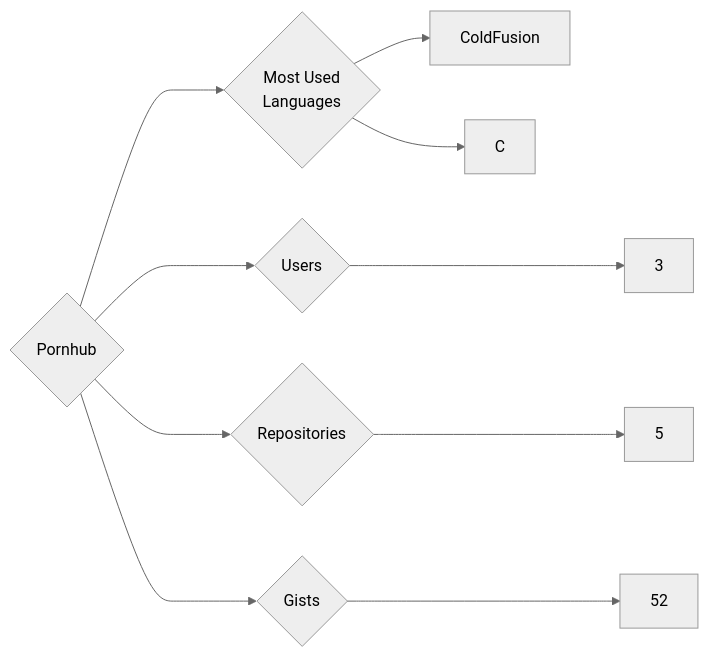
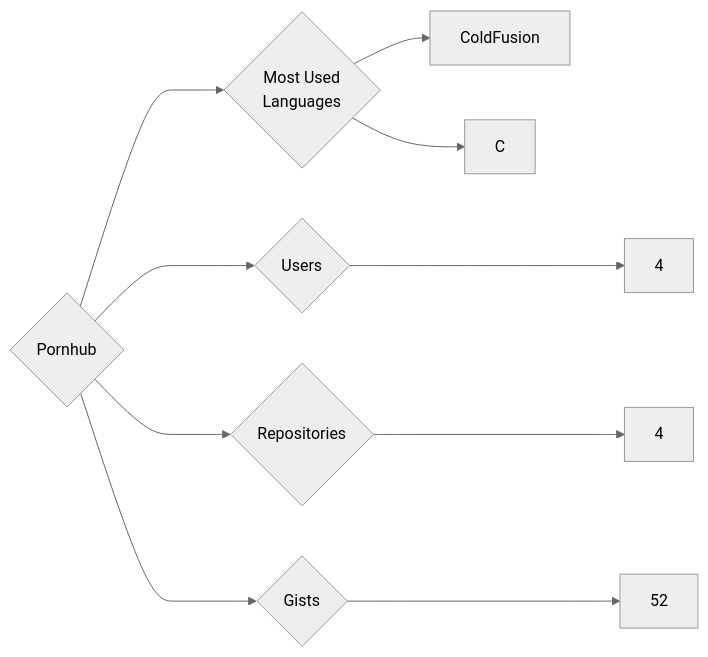
One commit to trickest/insiders changed the diagram in targets/Pornhub/README.md. Above: the diagram before and after it, drawn with Mermaid (neutral theme). The commit also changed 715 other files, not shown here.

````diff
--- a/targets/Pornhub/README.md
+++ b/targets/Pornhub/README.md
@@ -3,10 +3,10 @@
 ```mermaid
 graph LR
 COMPANY_NAME{Pornhub}
-COMPANY_NAME ---> U{Users} ---> UN[3]
-COMPANY_NAME ---> R{Repositories} ---> RN[5]
+COMPANY_NAME ---> U{Users} ---> UN[4]
+COMPANY_NAME ---> R{Repositories} ---> RN[4]
 COMPANY_NAME ---> G{Gists} ---> GN[52]
 COMPANY_NAME ---> ML{Most Used<br>Languages}
 ML --> ColdFusion[ColdFusion]
 ML --> C[C]
 ```
````
